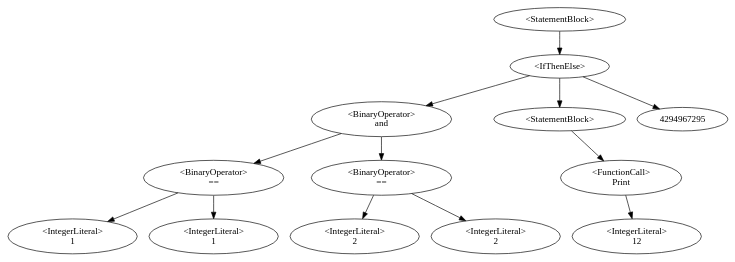
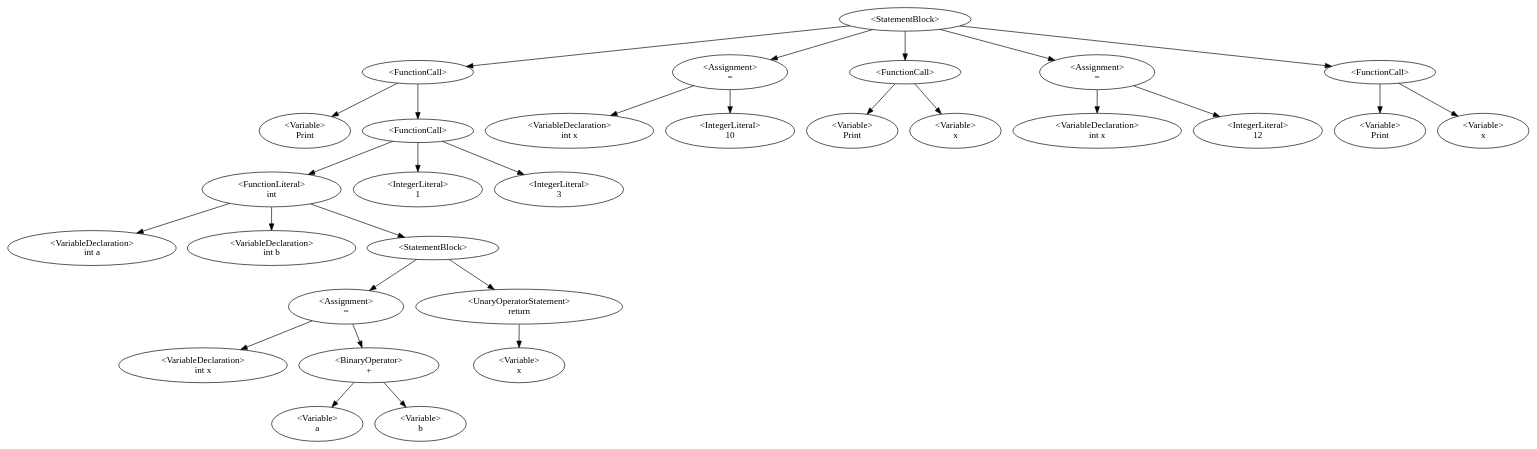
One commit to QazmoQwerty/dino changed the diagram in Dino/Dino/AstDisplay.gv. Above: the diagram before and after it, drawn with Graphviz. The commit also changed 5 other files, not shown here.

```diff
--- a/Dino/Dino/AstDisplay.gv
+++ b/Dino/Dino/AstDisplay.gv
@@ -1,14 +1,32 @@
 digraph G {
-0 [label="<StatementBlock>"];0->1;
-1 [label="<IfThenElse>"];1->5;1->9;1->4294967295;
-5 [label="<BinaryOperator>\nand"];5->3;5->7;
-3 [label="<BinaryOperator>\n=="];3->2;3->4;
-2 [label="<IntegerLiteral>\n1"];
-4 [label="<IntegerLiteral>\n1"];
-7 [label="<BinaryOperator>\n=="];7->6;7->8;
-6 [label="<IntegerLiteral>\n2"];
-8 [label="<IntegerLiteral>\n2"];
-9 [label="<StatementBlock>"];9->11;
-11 [label="<FunctionCall>\nPrint"];11->12;
-12 [label="<IntegerLiteral>\n12"];
+0 [label="<StatementBlock>"];0->2;0->19;0->22;0->25;0->28;
+2 [label="<FunctionCall>\n"];2->1;2->15;
+1 [label="<Variable>\nPrint"];
+15 [label="<FunctionCall>\n"];15->6;15->16;15->17;
+6 [label="<FunctionLiteral>
+int"];6->3;6->5;6->7;
+3 [label="<VariableDeclaration>\nint a"];
+5 [label="<VariableDeclaration>\nint b"];
+7 [label="<StatementBlock>"];7->9;7->13;
+9 [label="<Assignment>\n="];9->8;9->11;
+8 [label="<VariableDeclaration>\nint x"];
+11 [label="<BinaryOperator>\n+"];11->10;11->12;
+10 [label="<Variable>\na"];
+12 [label="<Variable>\nb"];
+13 [label="<UnaryOperatorStatement>\nreturn"];13->14;
+14 [label="<Variable>\nx"];
+16 [label="<IntegerLiteral>\n1"];
+17 [label="<IntegerLiteral>\n3"];
+19 [label="<Assignment>\n="];19->18;19->20;
+18 [label="<VariableDeclaration>\nint x"];
+20 [label="<IntegerLiteral>\n10"];
+22 [label="<FunctionCall>\n"];22->21;22->23;
+21 [label="<Variable>\nPrint"];
+23 [label="<Variable>\nx"];
+25 [label="<Assignment>\n="];25->24;25->26;
+24 [label="<VariableDeclaration>\nint x"];
+26 [label="<IntegerLiteral>\n12"];
+28 [label="<FunctionCall>\n"];28->27;28->29;
+27 [label="<Variable>\nPrint"];
+29 [label="<Variable>\nx"];
 }
```
